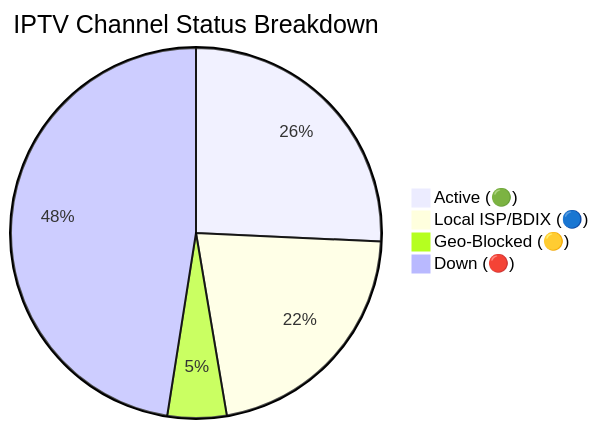
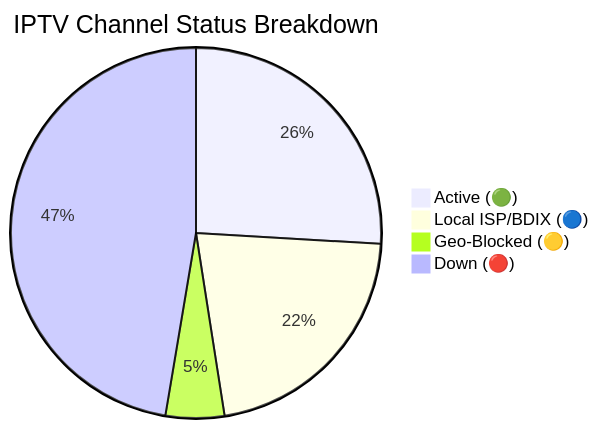
The diagram in README.md (Zaman-Topu/Ip-tv-Collection), drawn with Mermaid before and after one commit. The commit also changed other lines of this file and 3 other files, not shown here.

````diff
--- a/README.md
+++ b/README.md
@@ -118,7 +118,7 @@
 ```mermaid
 pie title IPTV Channel Status Breakdown
-    "Active (🟢)" : 10682
-    "Local ISP/BDIX (🔵)" : 8968
-    "Geo-Blocked (🟡)" : 2139
-    "Down (🔴)" : 19723
+    "Active (🟢)" : 10770
+    "Local ISP/BDIX (🔵)" : 8969
+    "Geo-Blocked (🟡)" : 2126
+    "Down (🔴)" : 19665
 ```
````
